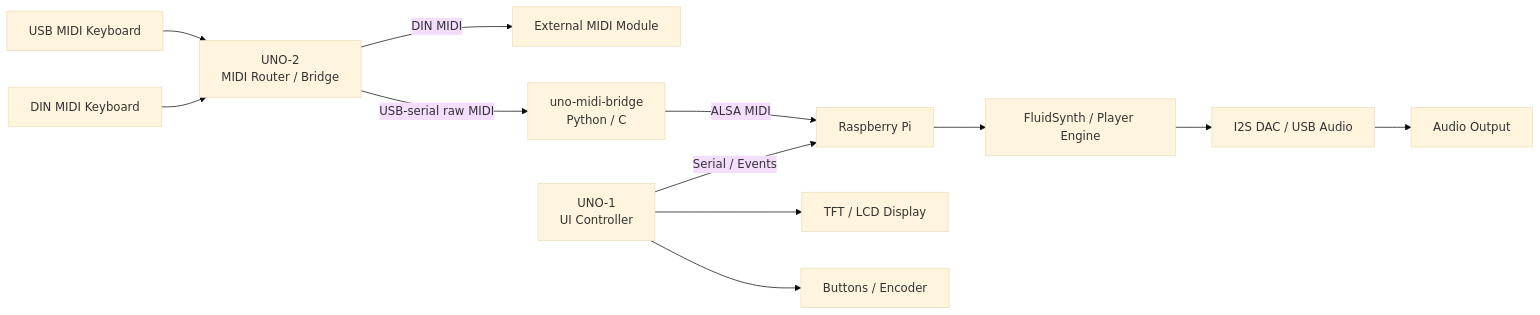
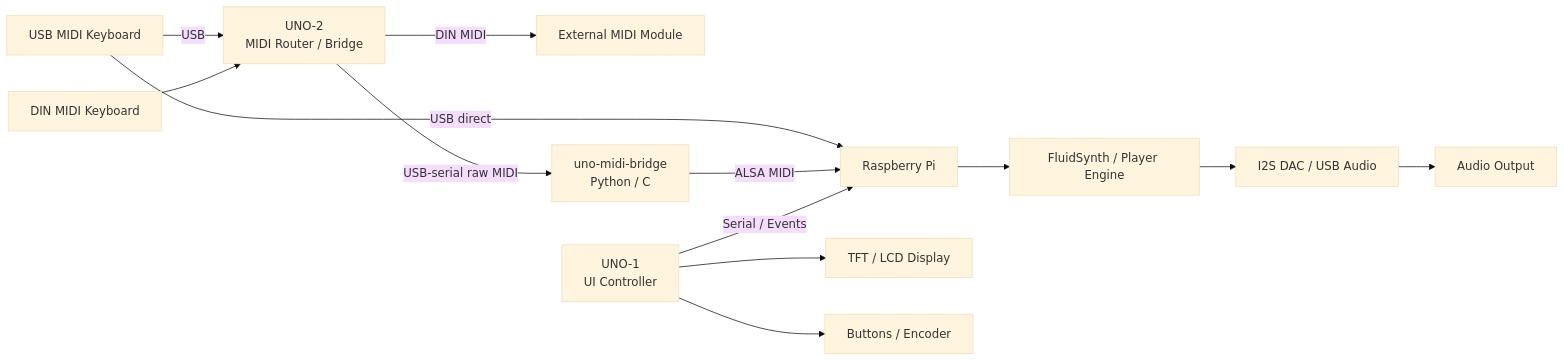
Before and after one commit to jeong0449/FluidArdule: the diagram in architecture.md, drawn with Mermaid (base theme).

````diff
--- a/architecture.md
+++ b/architecture.md
@@ -7,25 +7,28 @@
 ```mermaid
 flowchart LR
 
     %% --- MIDI INPUT ---
-    KBD1[USB MIDI Keyboard] --> UNO2[UNO-2<br/>MIDI Router / Bridge]
+    KBD1[USB MIDI Keyboard] -->|USB| UNO2[UNO-2<br/>MIDI Router / Bridge]
     KBD2[DIN MIDI Keyboard] --> UNO2
+
+    %% direct path
+    KBD1 -->|USB direct| PI[Raspberry Pi]
 
     %% --- MIDI ROUTING ---
     UNO2 -->|DIN MIDI| EXT[External MIDI Module]
     UNO2 -->|USB-serial raw MIDI| BRIDGE[uno-midi-bridge<br/>Python / C]
 
     %% --- PI ENGINE ---
-    BRIDGE -->|ALSA MIDI| PI[Raspberry Pi]
+    BRIDGE -->|ALSA MIDI| PI
 
     PI --> FS[FluidSynth / Player Engine]
 
     %% --- UI CONTROL (UNO-1) ---
     UNO1[UNO-1<br/>UI Controller] -->|Serial / Events| PI
     UNO1 --> LCD[TFT / LCD Display]
     UNO1 --> CTRL[Buttons / Encoder]
 
     %% --- AUDIO OUTPUT ---
     FS --> DAC[I2S DAC / USB Audio]
     DAC --> OUT[Audio Output]
 ```
````
